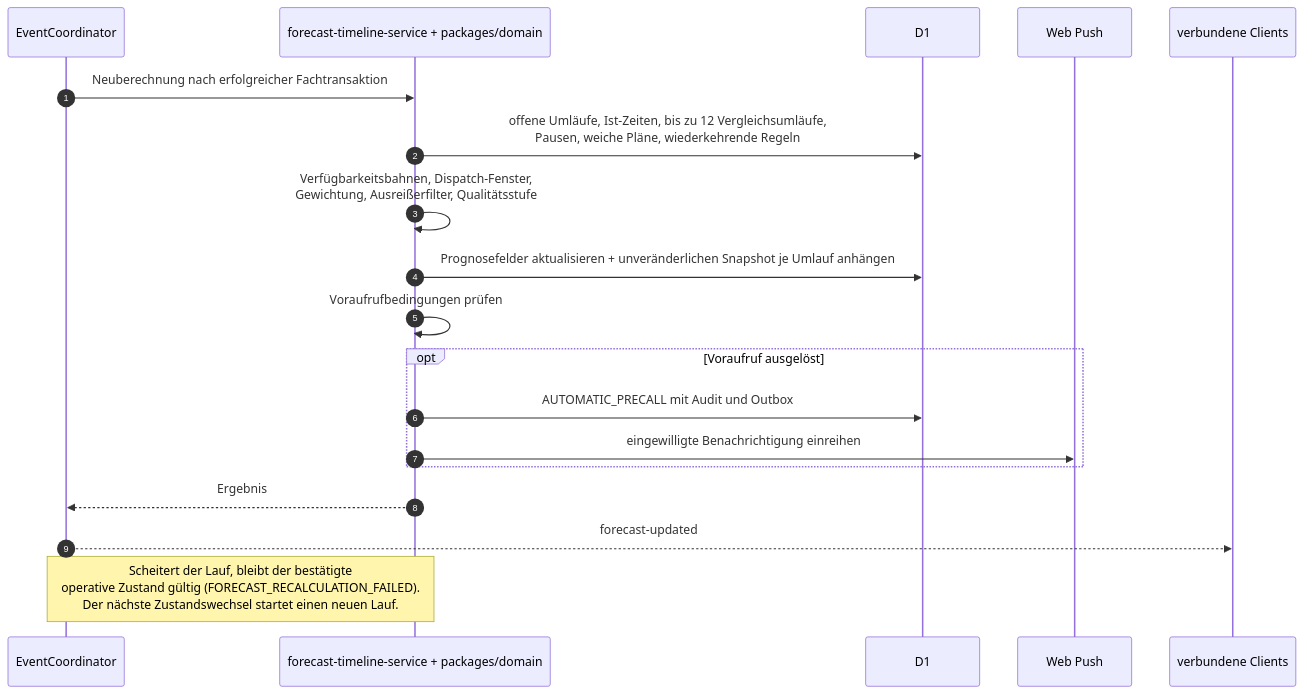
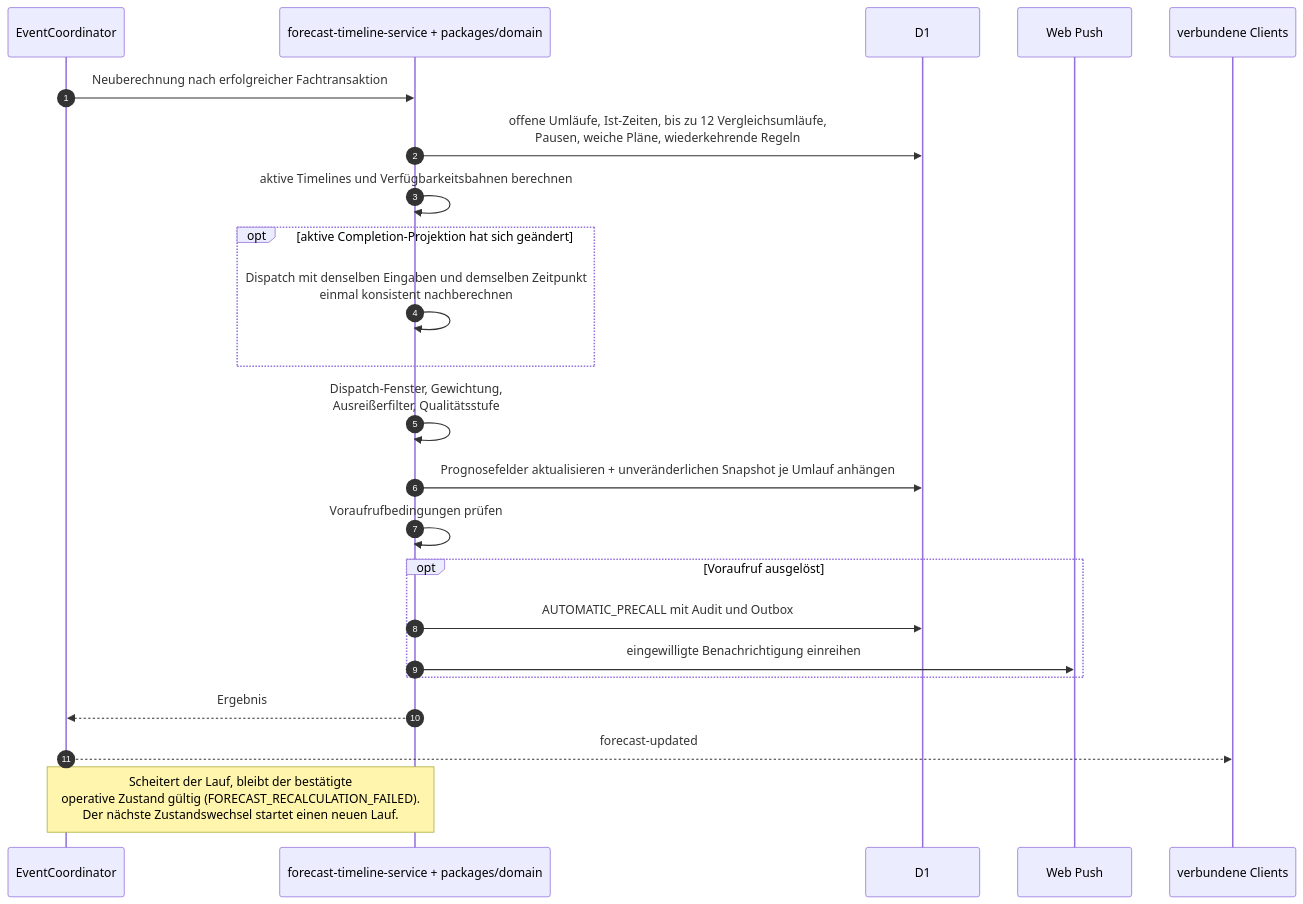
Before and after one commit to aguther/rundflug-leitstand: the third of 7 diagrams in docs/arc42/06-laufzeitsicht.md, drawn with Mermaid. The commit also changed other lines of this file and 7 other files, not shown here.

````diff
--- a/docs/arc42/06-laufzeitsicht.md
+++ b/docs/arc42/06-laufzeitsicht.md
@@ -67,22 +67,26 @@
 ```mermaid
 sequenceDiagram
     autonumber
     participant DO as EventCoordinator
     participant F as forecast-timeline-service + packages/domain
     participant D as D1
     participant P as Web Push
     participant C as verbundene Clients
 
     DO->>F: Neuberechnung nach erfolgreicher Fachtransaktion
     F->>D: offene Umläufe, Ist-Zeiten, bis zu 12 Vergleichsumläufe,<br/>Pausen, weiche Pläne, wiederkehrende Regeln
-    F->>F: Verfügbarkeitsbahnen, Dispatch-Fenster,<br/>Gewichtung, Ausreißerfilter, Qualitätsstufe
+    F->>F: aktive Timelines und Verfügbarkeitsbahnen berechnen
+    opt aktive Completion-Projektion hat sich geändert
+        F->>F: Dispatch mit denselben Eingaben und demselben Zeitpunkt<br/>einmal konsistent nachberechnen
+    end
+    F->>F: Dispatch-Fenster, Gewichtung,<br/>Ausreißerfilter, Qualitätsstufe
     F->>D: Prognosefelder aktualisieren + unveränderlichen Snapshot je Umlauf anhängen
     F->>F: Voraufrufbedingungen prüfen
     opt Voraufruf ausgelöst
         F->>D: AUTOMATIC_PRECALL mit Audit und Outbox
         F->>P: eingewilligte Benachrichtigung einreihen
     end
     F-->>DO: Ergebnis
     DO-->>C: forecast-updated
     Note over F,DO: Scheitert der Lauf, bleibt der bestätigte<br/>operative Zustand gültig (FORECAST_RECALCULATION_FAILED).<br/>Der nächste Zustandswechsel startet einen neuen Lauf.
 ```
````
